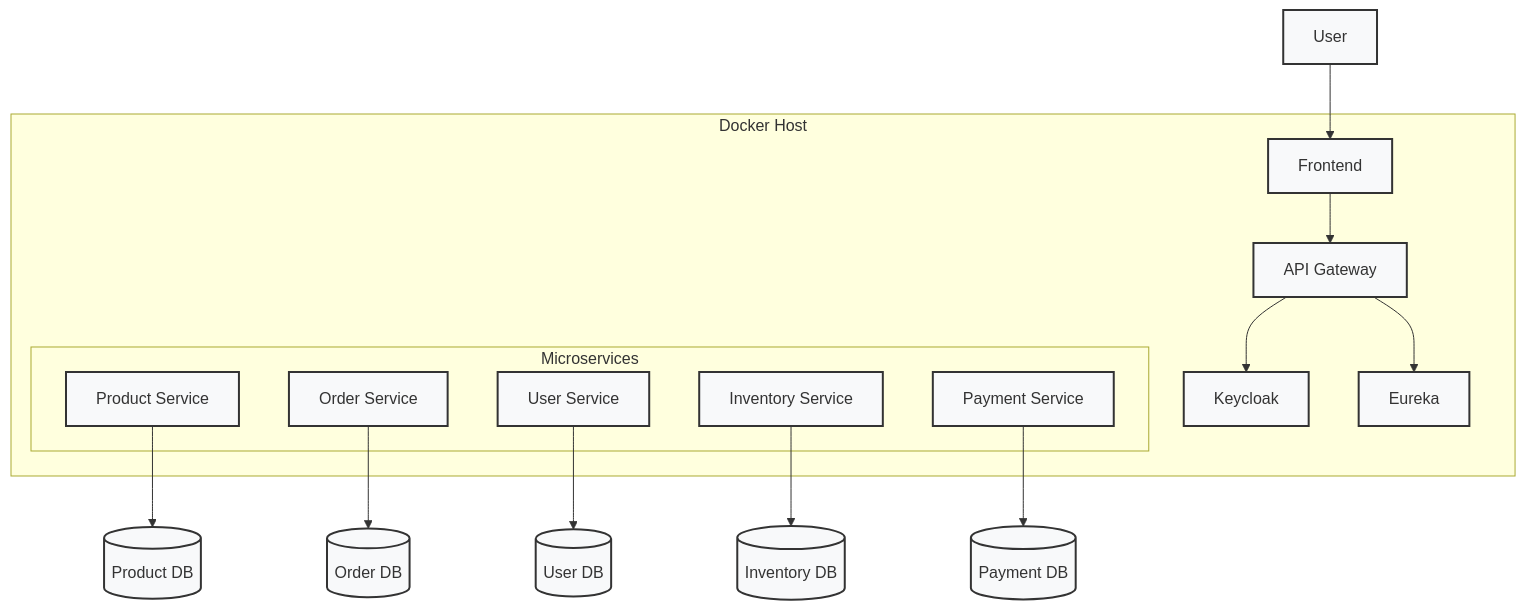
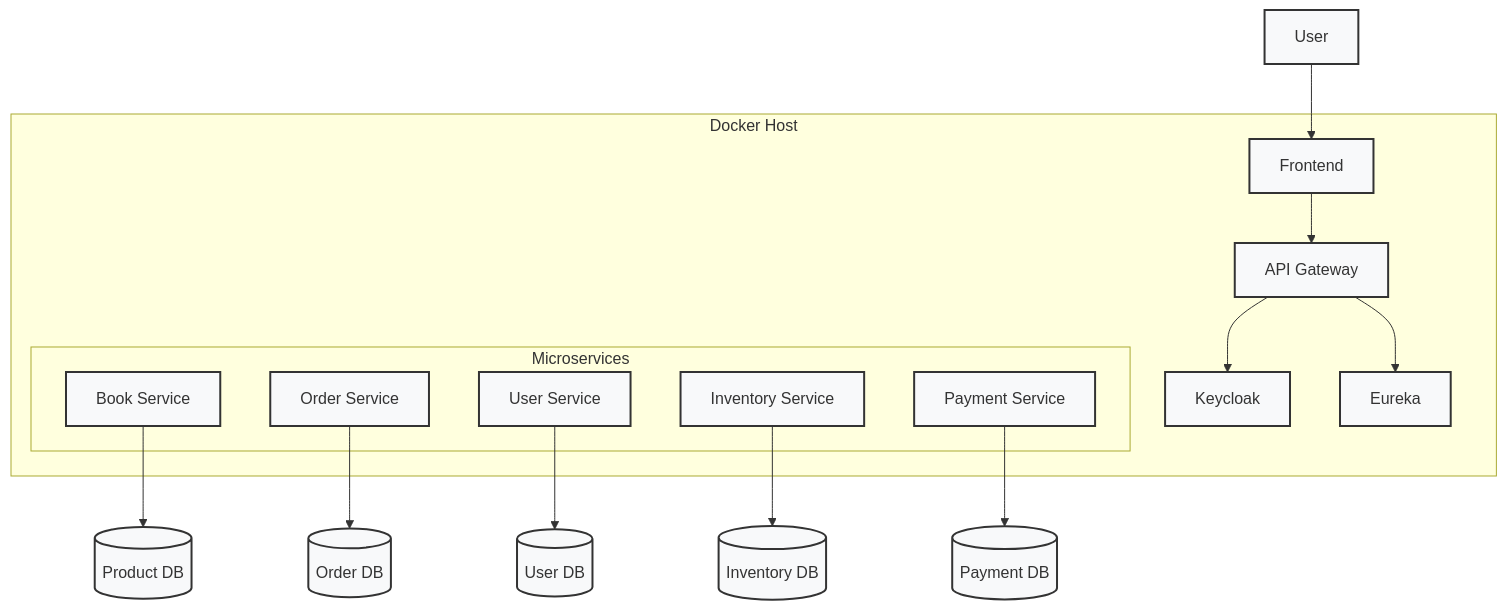
Before and after one commit to OussemaKhemiri/atelier_devops: the diagram in README.md, drawn with Mermaid. The commit also changed other lines of this file, not shown here.

````diff
--- a/README.md
+++ b/README.md
@@ -3,28 +3,28 @@
 ```mermaid
 graph TD
     U[User] --> F[Frontend]
     
     subgraph Docker Host
         F --> A[API Gateway]
         A --> K[Keycloak]
         A --> E[Eureka]
         
         subgraph Microservices
-            M1[Product Service]
+            M1[Book Service]
             M2[Order Service]
             M3[User Service]
             M4[Inventory Service]
             M5[Payment Service]
         end
     end
 
     M1 --> DB1[(Product DB)]
     M2 --> DB2[(Order DB)]
     M3 --> DB3[(User DB)]
     M4 --> DB4[(Inventory DB)]
     M5 --> DB5[(Payment DB)]
 
     %% Styling for boxes
     classDef box fill:#f8f9fa,stroke:#333,stroke-width:2px;
     class U,F,A,K,E,M1,M2,M3,M4,M5,DB1,DB2,DB3,DB4,DB5 box;
 ```
````
